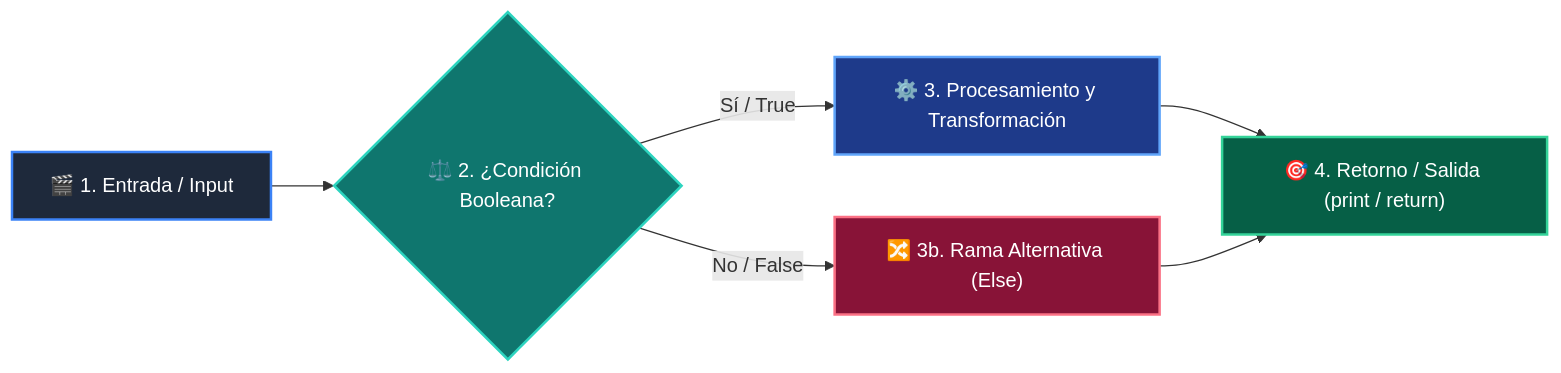
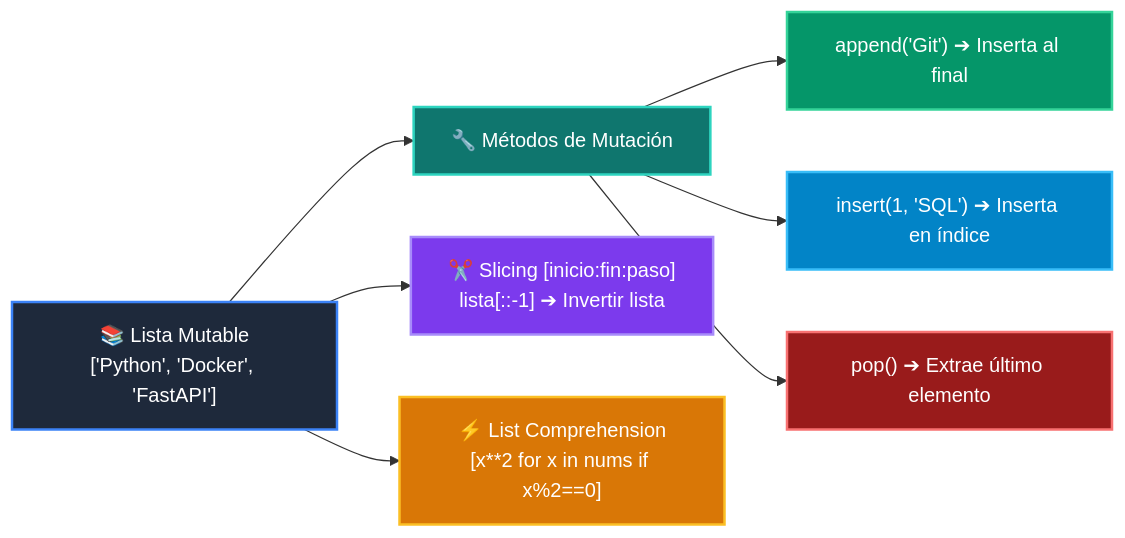
The diagram in docs/curso-01/clase-05.md (wisrovi/wisrovi-python), drawn with Mermaid before and after one commit. The commit also changed other lines of this file and 38 other files, not shown here.

Commit message:
docs(site): rebuild full MkDocs documentation site with updated canonical content, bespoke Mermaids, and Spiral Learning pedagogy

````diff
--- a/docs/curso-01/clase-05.md
+++ b/docs/curso-01/clase-05.md
@@ -65,14 +38,17 @@
 ```mermaid
 flowchart LR
-    A["🎬 1. Entrada / Input"] --> B{"⚖️ 2. ¿Condición Booleana?"}
-    B -->|Sí / True| C["⚙️ 3. Procesamiento y Transformación"]
-    B -->|No / False| D["🔀 3b. Rama Alternativa (Else)"]
-    C --> E["🎯 4. Retorno / Salida (print / return)"]
-    D --> E
+    LISTA["📚 Lista Mutable<br/>['Python', 'Docker', 'FastAPI']"] --> MUT["🔧 Métodos de Mutación"]
+    MUT --> APP["append('Git') ➔ Inserta al final"]
+    MUT --> INS["insert(1, 'SQL') ➔ Inserta en índice"]
+    MUT --> POP["pop() ➔ Extrae último elemento"]
+    LISTA --> SLICE["✂️ Slicing [inicio:fin:paso]<br/>lista[::-1] ➔ Invertir lista"]
+    LISTA --> COMP["⚡ List Comprehension<br/>[x**2 for x in nums if x%2==0]"]
 
-    style A fill:#1e293b,color:#ffffff,stroke:#3b82f6,stroke-width:2px
-    style B fill:#0f766e,color:#ffffff,stroke:#2dd4bf,stroke-width:2px
-    style C fill:#1e3a8a,color:#ffffff,stroke:#60a5fa,stroke-width:2px
-    style D fill:#881337,color:#ffffff,stroke:#fb7185,stroke-width:2px
-    style E fill:#065f46,color:#ffffff,stroke:#34d399,stroke-width:2px
+    style LISTA fill:#1e293b,color:#ffffff,stroke:#3b82f6,stroke-width:2px
+    style MUT fill:#0f766e,color:#ffffff,stroke:#2dd4bf,stroke-width:2px
+    style APP fill:#059669,color:#ffffff,stroke:#34d399,stroke-width:2px
+    style INS fill:#0284c7,color:#ffffff,stroke:#38bdf8,stroke-width:2px
+    style POP fill:#991b1b,color:#ffffff,stroke:#f87171,stroke-width:2px
+    style SLICE fill:#7c3aed,color:#ffffff,stroke:#a78bfa,stroke-width:2px
+    style COMP fill:#d97706,color:#ffffff,stroke:#fbbf24,stroke-width:2px
 ```
````
